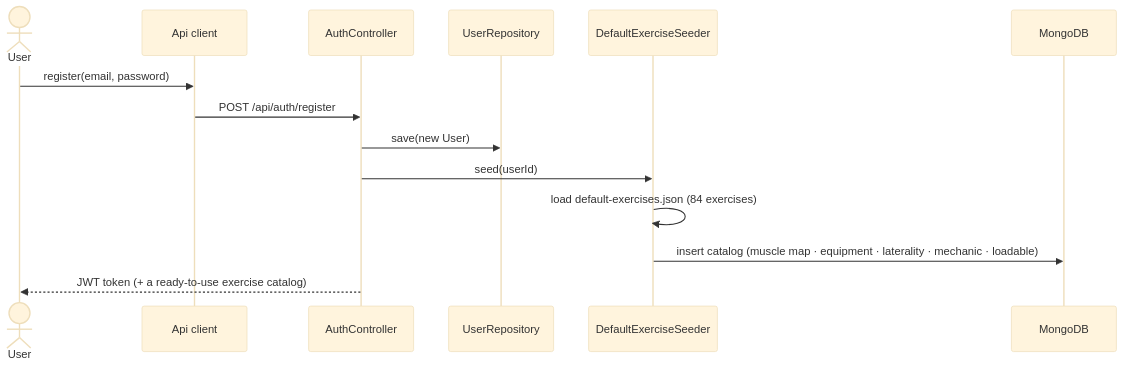
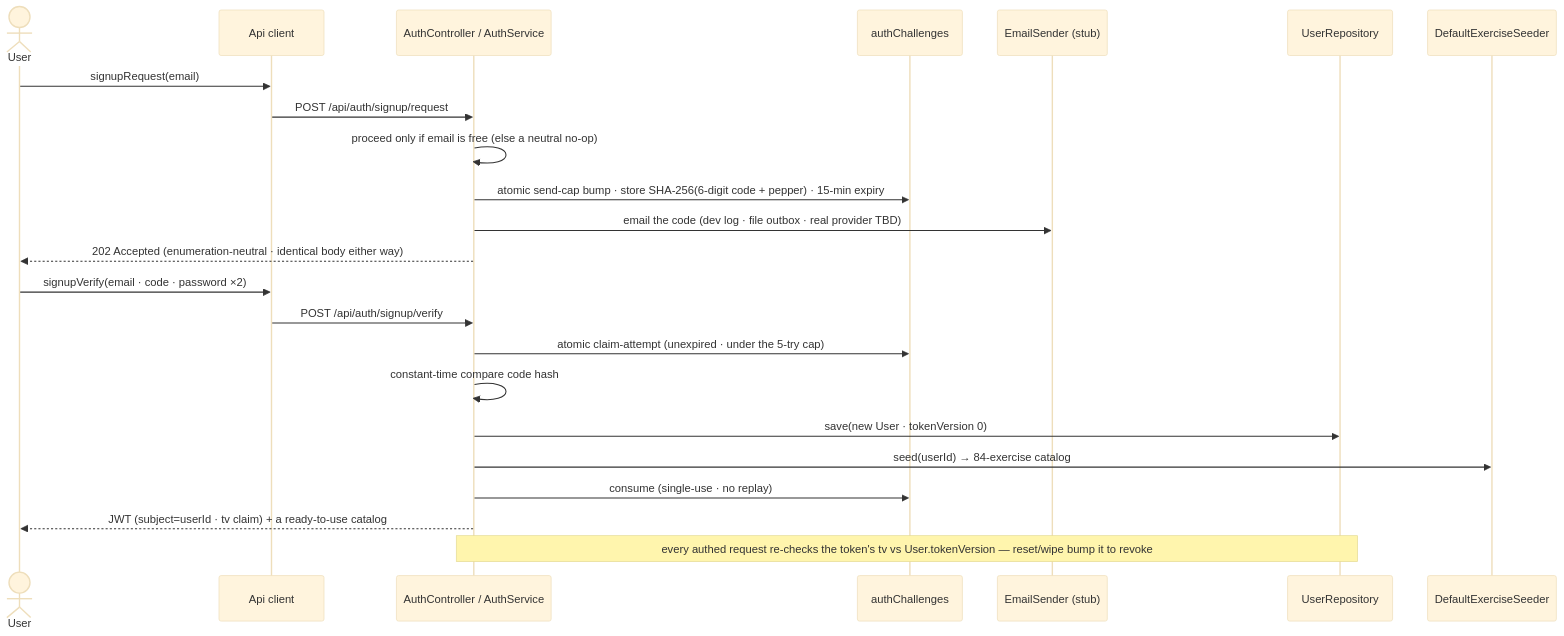
One commit to avishek-giftnote/workout-logger changed diagram 16 of 17 in docs/DIAGRAMS.md. Above: the diagram before and after it, drawn with Mermaid (base theme). The commit also changed other lines of this file and 30 other files, not shown here.

````diff
--- a/docs/DIAGRAMS.md
+++ b/docs/DIAGRAMS.md
@@ -749,16 +749,25 @@
 ```mermaid
 sequenceDiagram
   actor U as User
   participant API as Api client
-  participant AC as AuthController
+  participant AS as AuthController / AuthService
+  participant CH as authChallenges
+  participant ES as EmailSender (stub)
   participant UR as UserRepository
   participant DS as DefaultExerciseSeeder
-  participant DB as MongoDB
-  U->>API: register(email, password)
-  API->>AC: POST /api/auth/register
-  AC->>UR: save(new User)
-  AC->>DS: seed(userId)
-  DS->>DS: load default-exercises.json (84 exercises)
-  DS->>DB: insert catalog (muscle map · equipment · laterality · mechanic · loadable)
-  AC-->>U: JWT token (+ a ready-to-use exercise catalog)
+  U->>API: signupRequest(email)
+  API->>AS: POST /api/auth/signup/request
+  AS->>AS: proceed only if email is free (else a neutral no-op)
+  AS->>CH: atomic send-cap bump · store SHA-256(6-digit code + pepper) · 15-min expiry
+  AS->>ES: email the code (dev log · file outbox · real provider TBD)
+  AS-->>U: 202 Accepted (enumeration-neutral · identical body either way)
+  U->>API: signupVerify(email · code · password ×2)
+  API->>AS: POST /api/auth/signup/verify
+  AS->>CH: atomic claim-attempt (unexpired · under the 5-try cap)
+  AS->>AS: constant-time compare code hash
+  AS->>UR: save(new User · tokenVersion 0)
+  AS->>DS: seed(userId) → 84-exercise catalog
+  AS->>CH: consume (single-use · no replay)
+  AS-->>U: JWT (subject=userId · tv claim) + a ready-to-use catalog
+  Note over AS,UR: every authed request re-checks the token's tv vs User.tokenVersion — reset/wipe bump it to revoke
 ```
````
